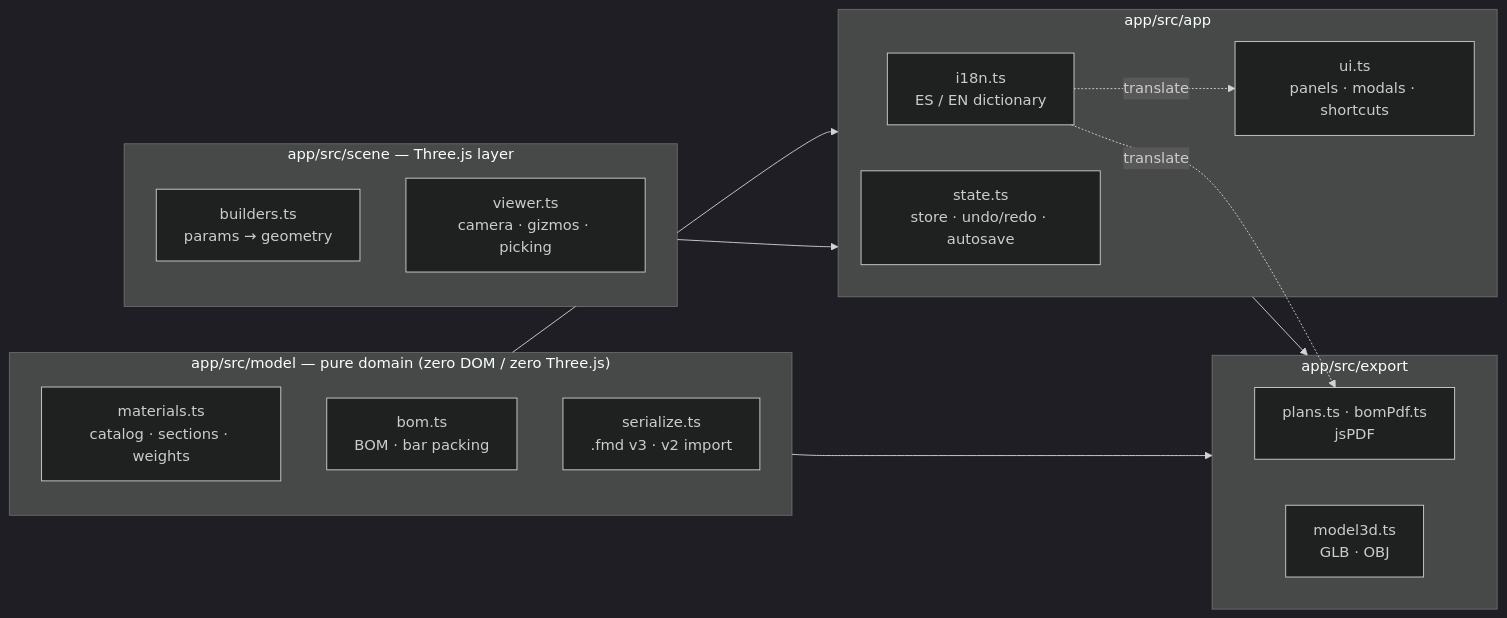
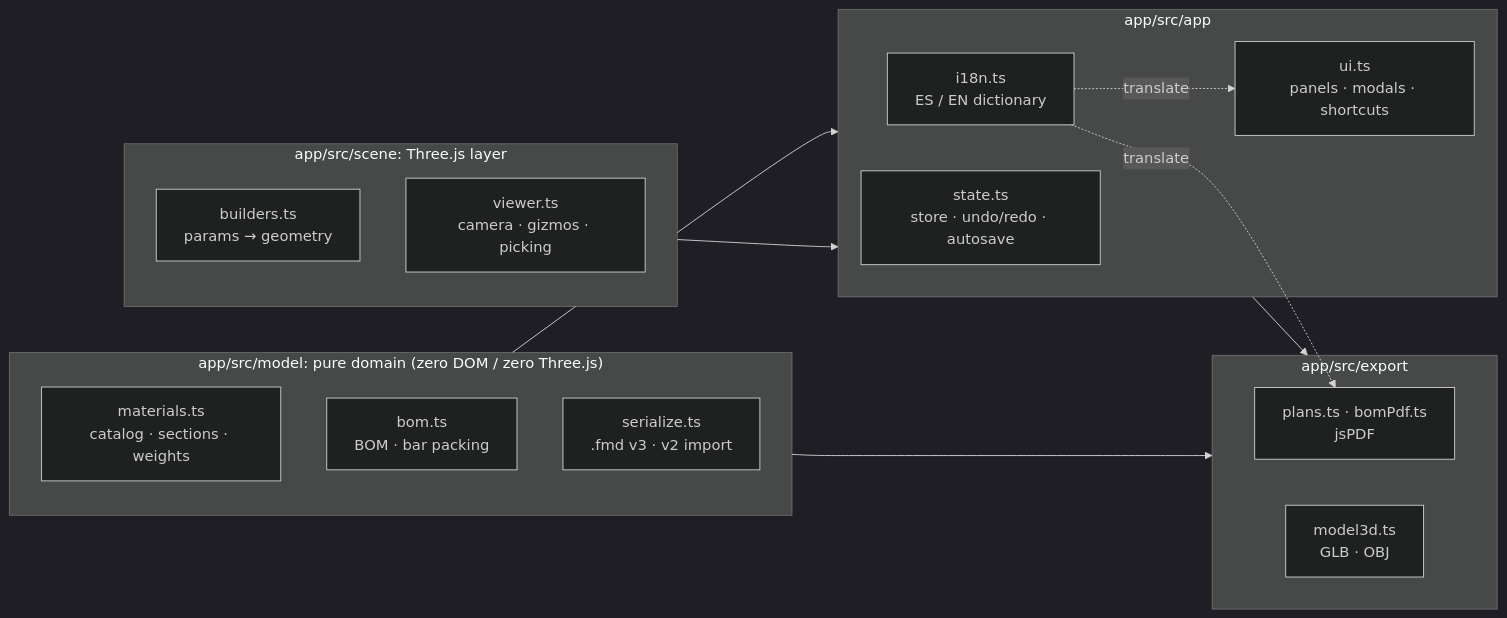
Before and after one commit to EmiOrellana/furniture-designer: the diagram in README.md, drawn with Mermaid (dark theme). The commit also changed other lines of this file, not shown here.

````diff
--- a/README.md
+++ b/README.md
@@ -130,27 +130,27 @@
 ```mermaid
 flowchart LR
-    subgraph model["app/src/model — pure domain (zero DOM / zero Three.js)"]
+    subgraph model["app/src/model: pure domain (zero DOM / zero Three.js)"]
         MAT[materials.ts<br/>catalog · sections · weights]
         BOM[bom.ts<br/>BOM · bar packing]
         SER[serialize.ts<br/>.fmd v3 · v2 import]
     end
-    subgraph scene["app/src/scene — Three.js layer"]
+    subgraph scene["app/src/scene: Three.js layer"]
         BLD[builders.ts<br/>params → geometry]
         VWR[viewer.ts<br/>camera · gizmos · picking]
     end
     subgraph app["app/src/app"]
         ST[state.ts<br/>store · undo/redo · autosave]
         UI[ui.ts<br/>panels · modals · shortcuts]
         I18N[i18n.ts<br/>ES / EN dictionary]
     end
     subgraph exports["app/src/export"]
         PDF[plans.ts · bomPdf.ts<br/>jsPDF]
         GLB[model3d.ts<br/>GLB · OBJ]
     end
     model --> app
     scene --> app
     model --> exports
     app --> exports
     I18N -. translate .-> UI
     I18N -. translate .-> PDF
 ```
````
